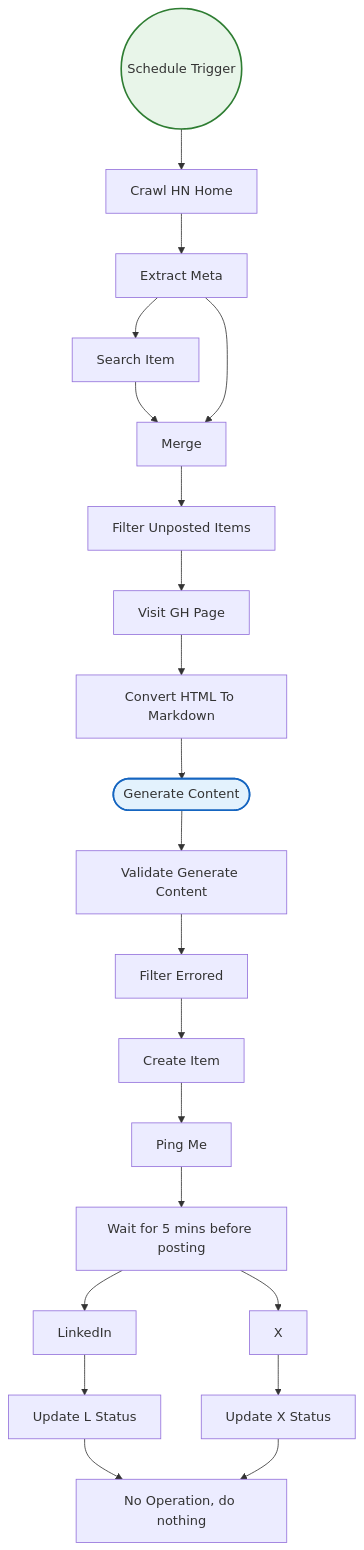
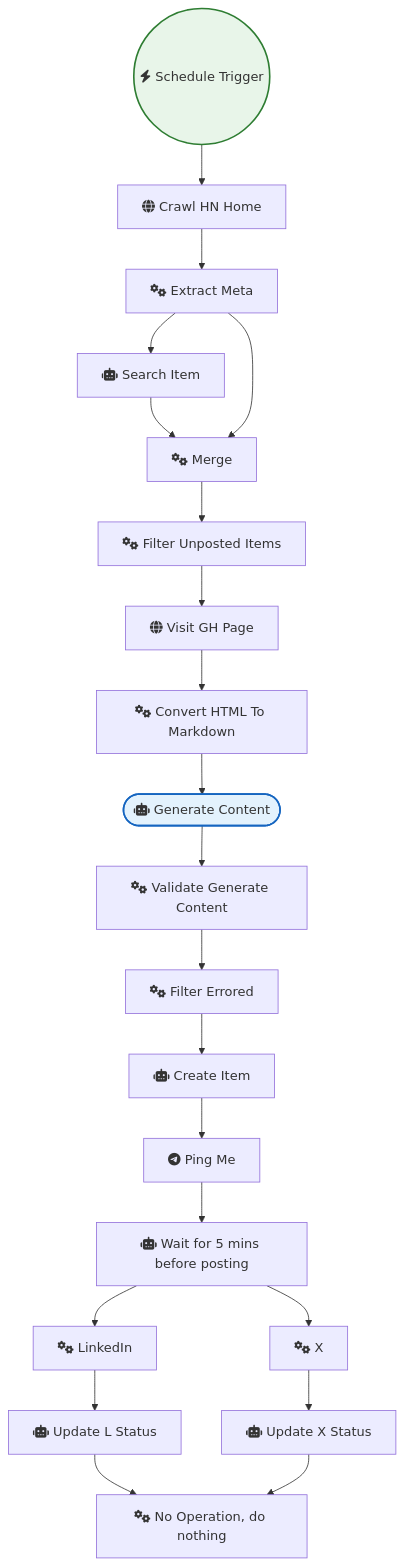
One commit to sreyash3105/N8N-DEMO-AUTOMATIONS changed the diagram in OpenAI_and_LLMs/Social Media Ai Agent - Telegram.md. Above: the diagram before and after it, drawn with Mermaid. The commit also changed 291 other files, not shown here.

````diff
--- a/OpenAI_and_LLMs/Social Media Ai Agent - Telegram.md
+++ b/OpenAI_and_LLMs/Social Media Ai Agent - Telegram.md
@@ -1,47 +1,47 @@
 ```mermaid
 graph TD
     classDef trigger fill:#e8f5e9,stroke:#2e7d32,stroke-width:2px;
     classDef ai fill:#e3f2fd,stroke:#1565c0,stroke-width:2px;
     classDef logic fill:#fff3e0,stroke:#ef6c00,stroke-width:2px;
 
-    Crawl_HN_Home["Crawl HN Home"]
-    Extract_Meta["Extract Meta"]
-    Filter_Unposted_Items["Filter Unposted Items"]
-    Visit_GH_Page["Visit GH Page"]
-    Convert_HTML_To_Markdown["Convert HTML To Markdown"]
-    Filter_Errored["Filter Errored"]
-    No_Operation__do_nothing["No Operation, do nothing"]
-    Update_X_Status["Update X Status"]
-    LinkedIn["LinkedIn"]
-    Update_L_Status["Update L Status"]
-    Search_Item["Search Item"]
-    Create_Item["Create Item"]
-    X["X"]
-    Validate_Generate_Content["Validate Generate Content"]
-    Schedule_Trigger(("Schedule Trigger")):::trigger
-    Merge["Merge"]
-    Generate_Content(["Generate Content"]):::ai
-    Ping_Me["Ping Me"]
-    Wait_for_5_mins_before_posting["Wait for 5 mins before posting"]
+    Crawl_HN_Home["fas:fa-globe Crawl HN Home"]
+    Extract_Meta["fas:fa-cogs Extract Meta"]
+    Filter_Unposted_Items["fas:fa-cogs Filter Unposted Items"]
+    Visit_GH_Page["fas:fa-globe Visit GH Page"]
+    Convert_HTML_To_Markdown["fas:fa-cogs Convert HTML To Markdown"]
+    Filter_Errored["fas:fa-cogs Filter Errored"]
+    No_Operation__do_nothing["fas:fa-cogs No Operation, do nothing"]
+    Update_X_Status["fas:fa-robot Update X Status"]
+    LinkedIn["fas:fa-cogs LinkedIn"]
+    Update_L_Status["fas:fa-robot Update L Status"]
+    Search_Item["fas:fa-robot Search Item"]
+    Create_Item["fas:fa-robot Create Item"]
+    X["fas:fa-cogs X"]
+    Validate_Generate_Content["fas:fa-cogs Validate Generate Content"]
+    Schedule_Trigger(("fas:fa-bolt Schedule Trigger")):::trigger
+    Merge["fas:fa-cogs Merge"]
+    Generate_Content(["fas:fa-robot Generate Content"]):::ai
+    Ping_Me["fab:fa-telegram Ping Me"]
+    Wait_for_5_mins_before_posting["fas:fa-robot Wait for 5 mins before posting"]
 
     X --> Update_X_Status
     Merge --> Filter_Unposted_Items
     Ping_Me --> Wait_for_5_mins_before_posting
     LinkedIn --> Update_L_Status
     Create_Item --> Ping_Me
     Search_Item --> Merge
     Extract_Meta --> Search_Item
     Extract_Meta --> Merge
     Crawl_HN_Home --> Extract_Meta
     Visit_GH_Page --> Convert_HTML_To_Markdown
     Filter_Errored --> Create_Item
     Update_L_Status --> No_Operation__do_nothing
     Update_X_Status --> No_Operation__do_nothing
     Generate_Content --> Validate_Generate_Content
     Schedule_Trigger --> Crawl_HN_Home
     Filter_Unposted_Items --> Visit_GH_Page
     Convert_HTML_To_Markdown --> Generate_Content
     Validate_Generate_Content --> Filter_Errored
     Wait_for_5_mins_before_posting --> X
     Wait_for_5_mins_before_posting --> LinkedIn
 ```
````
